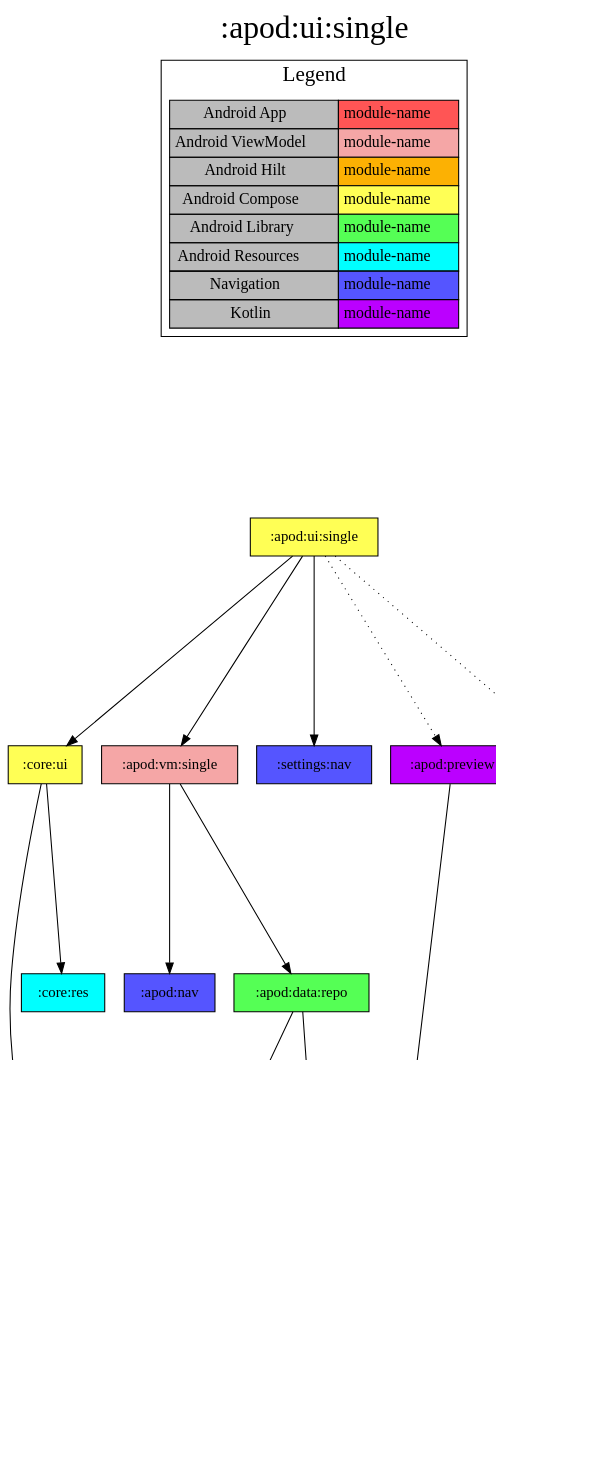
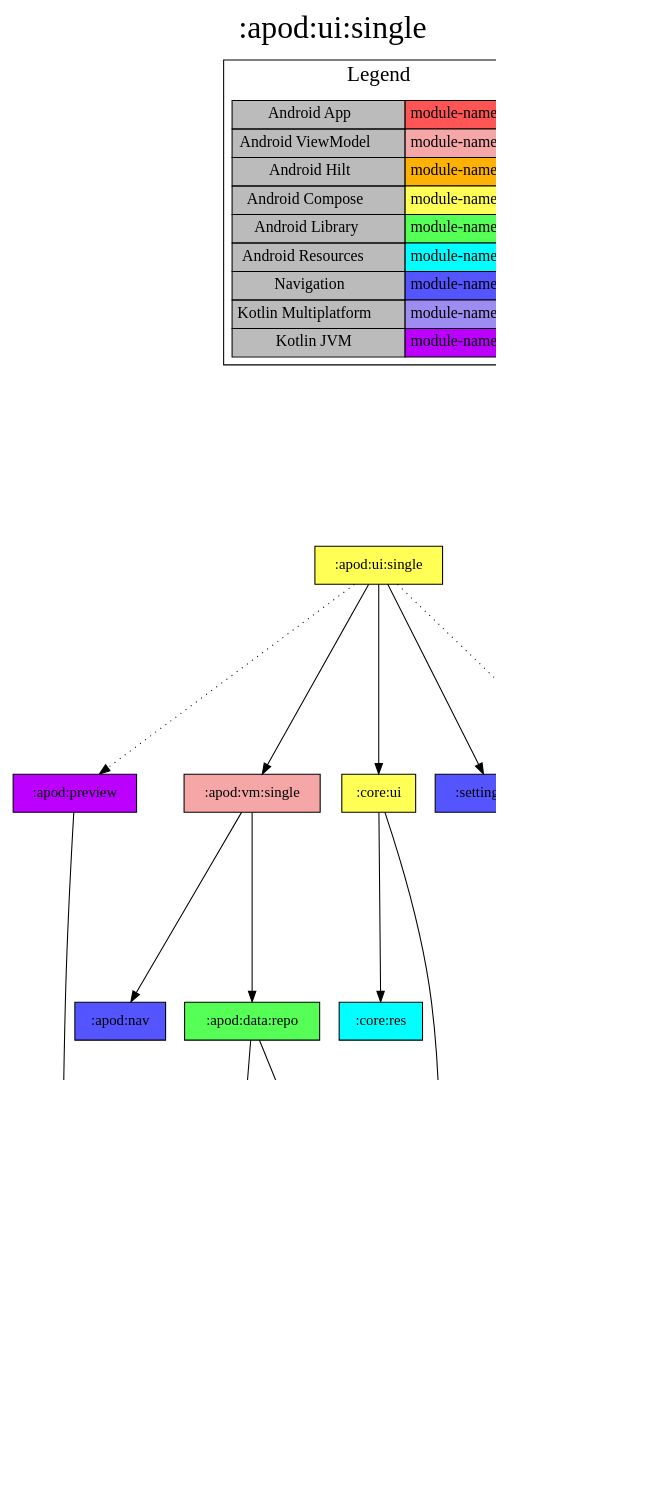
Before and after one commit to jonapoul/nasa-android: the diagram in modules/apod/ui/single/project-dependency-graph.dot, drawn with Graphviz. The commit also changed 210 other files, not shown here.

```diff
--- a/modules/apod/ui/single/project-dependency-graph.dot
+++ b/modules/apod/ui/single/project-dependency-graph.dot
@@ -1,52 +1,55 @@
 digraph {
 edge ["dir"="forward"]
 graph ["dpi"="100","label"=":apod:ui:single","labelloc"="t","fontsize"="30","ranksep"="2.5","rankdir"="TB"]
 node ["style"="filled"]
 ":apod:ui:single" ["fillcolor"="#FFFF55","shape"="box"]
 ":apod:vm:single" ["fillcolor"="#F5A6A6","shape"="box"]
 ":apod:data:repo" ["fillcolor"="#55FF55","shape"="box"]
 ":apod:data:api" ["fillcolor"="#BB00FF","shape"="box"]
 ":apod:model" ["fillcolor"="#BB00FF","shape"="box"]
 ":core:model" ["fillcolor"="#BB00FF","shape"="box"]
-":db:apod" ["fillcolor"="#BB00FF","shape"="box"]
+":db" ["fillcolor"="#9D8DF1","shape"="box"]
+":gallery:model" ["fillcolor"="#BB00FF","shape"="box"]
 ":apod:nav" ["fillcolor"="#5555FF","shape"="box"]
 ":core:ui" ["fillcolor"="#FFFF55","shape"="box"]
 ":core:res" ["fillcolor"="#00FFFF","shape"="box"]
 ":settings:nav" ["fillcolor"="#5555FF","shape"="box"]
 ":apod:preview" ["fillcolor"="#BB00FF","shape"="box"]
 ":apod:res" ["fillcolor"="#00FFFF","shape"="box"]
 {
 edge ["dir"="none"]
 graph ["rank"="same"]
 }
 ":apod:ui:single" -> ":apod:vm:single"
 ":apod:ui:single" -> ":core:ui"
 ":apod:ui:single" -> ":settings:nav"
 ":apod:ui:single" -> ":apod:preview" ["style"="dotted"]
 ":apod:ui:single" -> ":apod:res" ["style"="dotted"]
 ":apod:vm:single" -> ":apod:data:repo"
 ":apod:vm:single" -> ":apod:nav"
 ":apod:data:repo" -> ":apod:data:api"
-":apod:data:repo" -> ":db:apod"
+":apod:data:repo" -> ":db"
 ":apod:data:api" -> ":apod:model"
 ":apod:data:api" -> ":core:model"
+":db" -> ":gallery:model"
 ":core:ui" -> ":core:model"
 ":core:ui" -> ":core:res"
 ":apod:preview" -> ":apod:model"
 subgraph "cluster_legend" {
 edge ["dir"="none"]
 graph ["label"="Legend","fontsize"="20"]
 "Legend" ["style"="filled","fillcolor"="#bbbbbb","shape"="none","margin"="0","fontsize"="15","label"=<
 <TABLE BORDER="0" CELLBORDER="1" CELLSPACING="0" CELLPADDING="4">
 <TR><TD>Android App</TD><TD BGCOLOR="#FF5555">module-name</TD></TR>
 <TR><TD>Android ViewModel</TD><TD BGCOLOR="#F5A6A6">module-name</TD></TR>
 <TR><TD>Android Hilt</TD><TD BGCOLOR="#FCB103">module-name</TD></TR>
 <TR><TD>Android Compose</TD><TD BGCOLOR="#FFFF55">module-name</TD></TR>
 <TR><TD>Android Library</TD><TD BGCOLOR="#55FF55">module-name</TD></TR>
 <TR><TD>Android Resources</TD><TD BGCOLOR="#00FFFF">module-name</TD></TR>
 <TR><TD>Navigation</TD><TD BGCOLOR="#5555FF">module-name</TD></TR>
-<TR><TD>Kotlin</TD><TD BGCOLOR="#BB00FF">module-name</TD></TR>
+<TR><TD>Kotlin Multiplatform</TD><TD BGCOLOR="#9D8DF1">module-name</TD></TR>
+<TR><TD>Kotlin JVM</TD><TD BGCOLOR="#BB00FF">module-name</TD></TR>
 </TABLE>
 >]
 } -> ":apod:ui:single" ["style"="invis"]
 }
```
